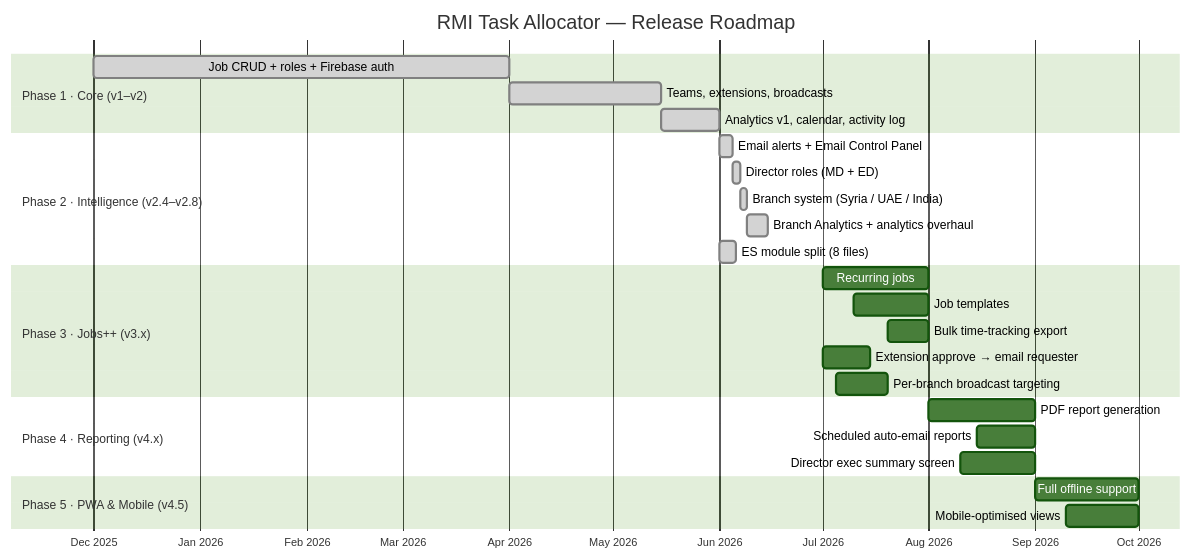
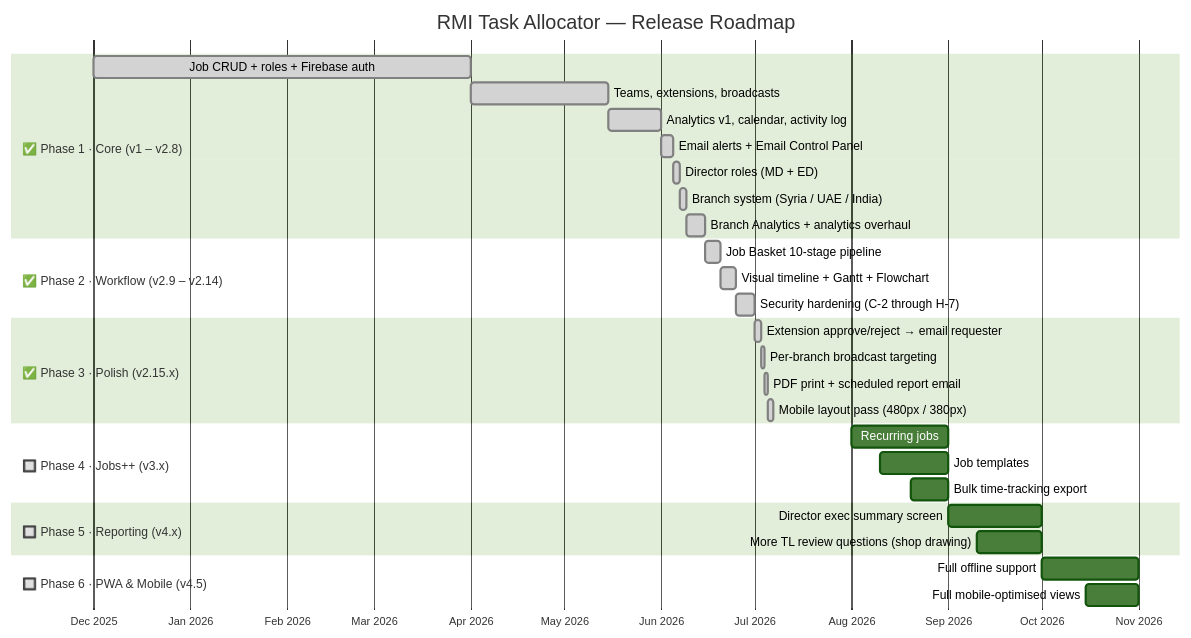
Before and after one commit to abdullahtalsayed/RMI-Task-Allocator-Project: the tenth of 10 diagrams in README.md, drawn with Mermaid (forest theme). The commit also changed other lines of this file, not shown here.

Commit message:
docs: enterprise-grade README rewrite — v2.15.46 full codebase documentation

````diff
--- a/README.md
+++ b/README.md
@@ -409,34 +1463,39 @@
 ```mermaid
 gantt
     title RMI Task Allocator — Release Roadmap
     dateFormat  YYYY-MM-DD
     axisFormat  %b %Y
 
-    section Phase 1 · Core (v1–v2)
-    Job CRUD + roles + Firebase auth         :done, 2025-12-01, 2026-04-01
-    Teams, extensions, broadcasts            :done, 2026-04-01, 2026-05-15
-    Analytics v1, calendar, activity log     :done, 2026-05-15, 2026-06-01
+    section ✅ Phase 1 · Core (v1 – v2.8)
+    Job CRUD + roles + Firebase auth           :done, 2025-12-01, 2026-04-01
+    Teams, extensions, broadcasts             :done, 2026-04-01, 2026-05-15
+    Analytics v1, calendar, activity log      :done, 2026-05-15, 2026-06-01
+    Email alerts + Email Control Panel        :done, 2026-06-01, 2026-06-05
+    Director roles (MD + ED)                  :done, 2026-06-05, 2026-06-07
+    Branch system (Syria / UAE / India)       :done, 2026-06-07, 2026-06-09
+    Branch Analytics + analytics overhaul     :done, 2026-06-09, 2026-06-15
 
-    section Phase 2 · Intelligence (v2.4–v2.8)
-    Email alerts + Email Control Panel       :done, 2026-06-01, 2026-06-05
-    Director roles (MD + ED)                 :done, 2026-06-05, 2026-06-07
-    Branch system (Syria / UAE / India)      :done, 2026-06-07, 2026-06-09
-    Branch Analytics + analytics overhaul    :done, 2026-06-09, 2026-06-15
-    ES module split (8 files)                :done, 2026-06-01, 2026-06-06
+    section ✅ Phase 2 · Workflow (v2.9 – v2.14)
+    Job Basket 10-stage pipeline              :done, 2026-06-15, 2026-06-20
+    Visual timeline + Gantt + Flowchart       :done, 2026-06-20, 2026-06-25
+    Security hardening (C-2 through H-7)      :done, 2026-06-25, 2026-07-01
 
-    section Phase 3 · Jobs++ (v3.x)
-    Recurring jobs                           :      2026-07-01, 2026-08-01
-    Job templates                            :      2026-07-10, 2026-08-01
-    Bulk time-tracking export                :      2026-07-20, 2026-08-01
-    Extension approve → email requester      :      2026-07-01, 2026-07-15
-    Per-branch broadcast targeting           :      2026-07-05, 2026-07-20
+    section ✅ Phase 3 · Polish (v2.15.x)
+    Extension approve/reject → email requester:done, 2026-07-01, 2026-07-03
+    Per-branch broadcast targeting            :done, 2026-07-03, 2026-07-04
+    PDF print + scheduled report email        :done, 2026-07-04, 2026-07-05
+    Mobile layout pass (480px / 380px)        :done, 2026-07-05, 2026-07-07
 
-    section Phase 4 · Reporting (v4.x)
-    PDF report generation                    :      2026-08-01, 2026-09-01
-    Scheduled auto-email reports             :      2026-08-15, 2026-09-01
-    Director exec summary screen             :      2026-08-10, 2026-09-01
+    section 🔲 Phase 4 · Jobs++ (v3.x)
+    Recurring jobs                            :      2026-08-01, 2026-09-01
+    Job templates                             :      2026-08-10, 2026-09-01
+    Bulk time-tracking export                 :      2026-08-20, 2026-09-01
 
-    section Phase 5 · PWA & Mobile (v4.5)
-    Full offline support                     :      2026-09-01, 2026-10-01
-    Mobile-optimised views                   :      2026-09-10, 2026-10-01
+    section 🔲 Phase 5 · Reporting (v4.x)
+    Director exec summary screen              :      2026-09-01, 2026-10-01
+    More TL review questions (shop drawing)   :      2026-09-10, 2026-10-01
+
+    section 🔲 Phase 6 · PWA & Mobile (v4.5)
+    Full offline support                      :      2026-10-01, 2026-11-01
+    Full mobile-optimised views               :      2026-10-15, 2026-11-01
 ```
````
